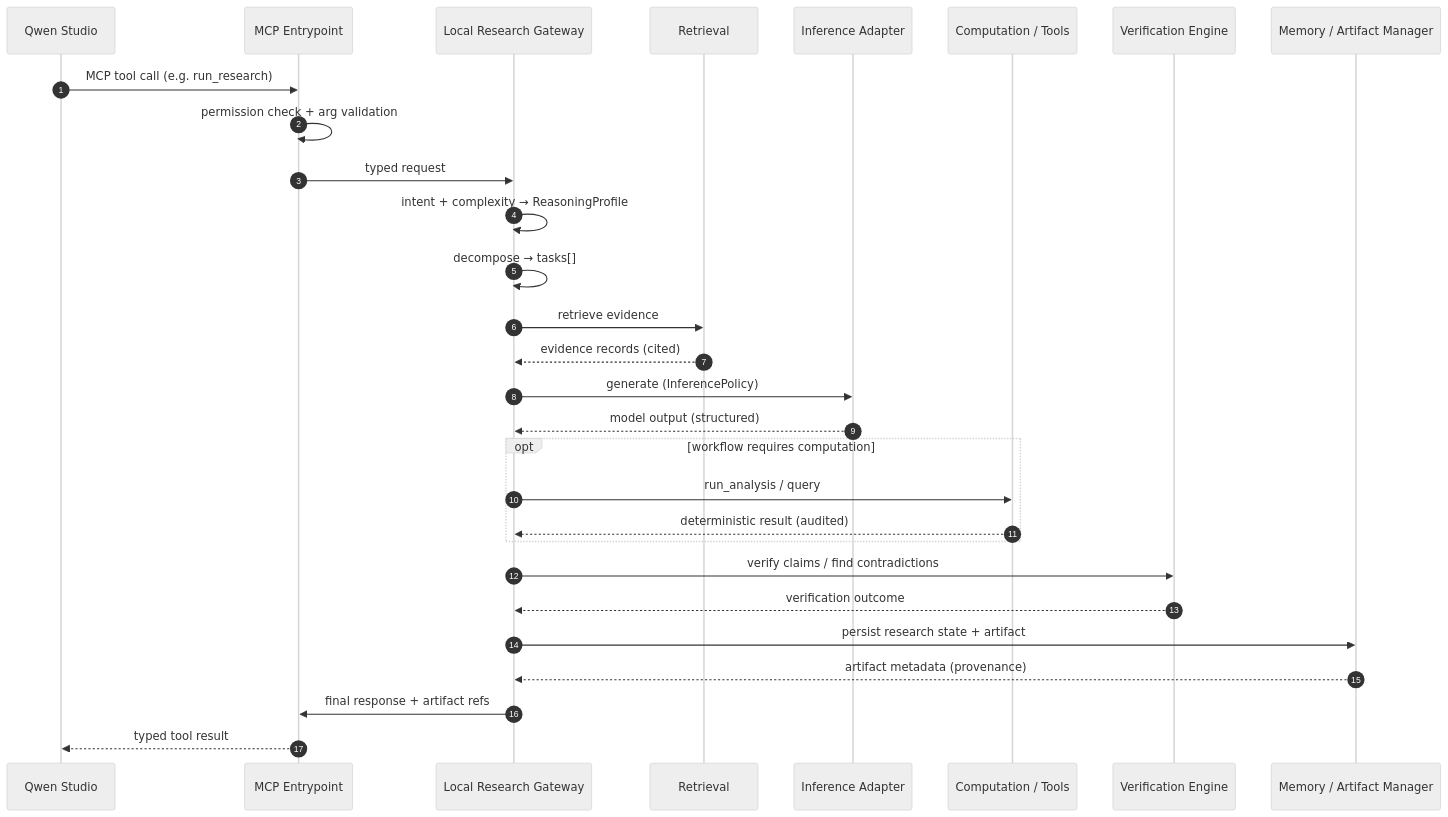
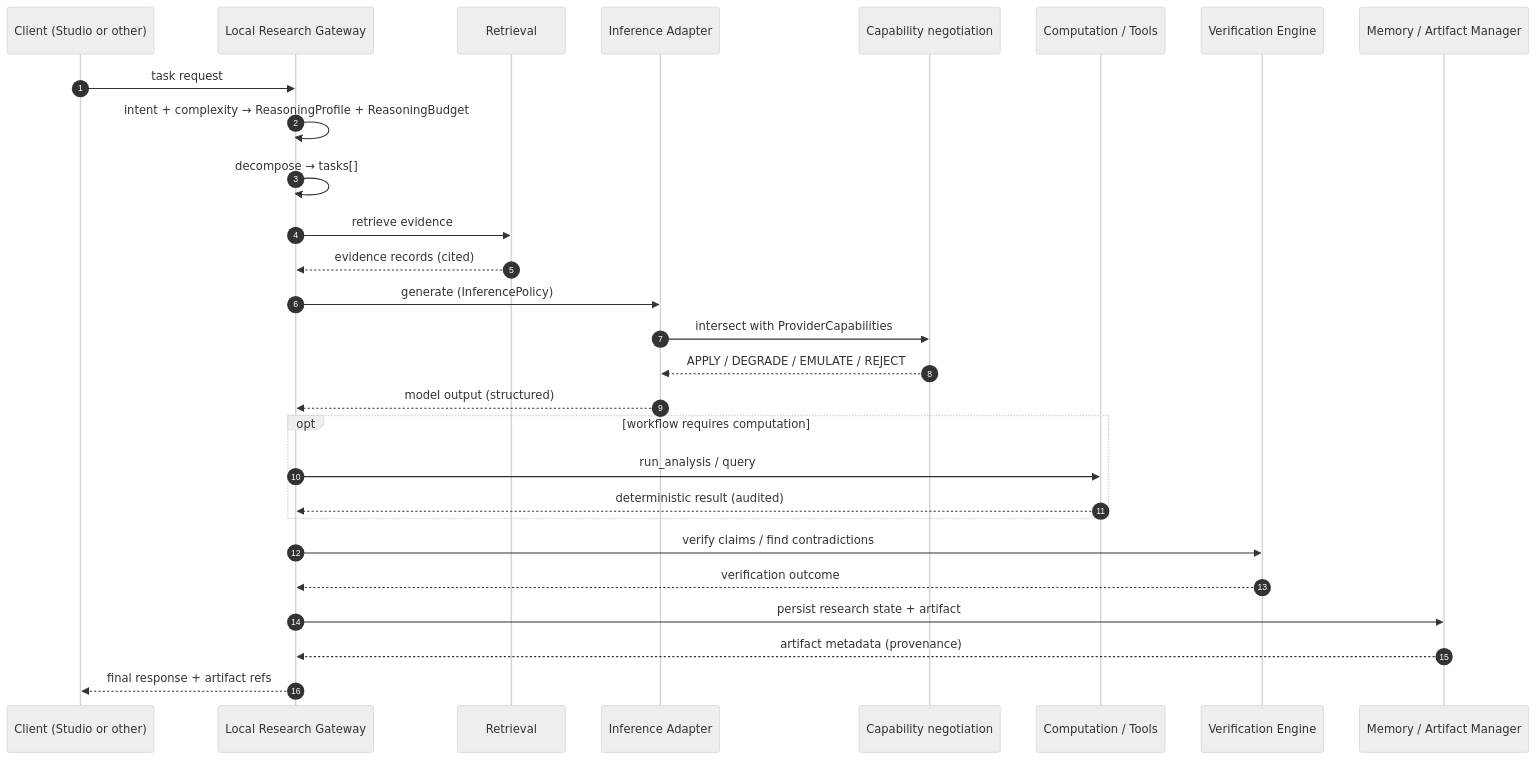
The first of 3 diagrams in docs/architecture/diagrams/data-flow.md (mitem743351/qwen), drawn with Mermaid (neutral theme) before and after one commit. The commit also changed other lines of this file and 28 other files, not shown here.

````diff
--- a/docs/architecture/diagrams/data-flow.md
+++ b/docs/architecture/diagrams/data-flow.md
@@ -3,39 +9,37 @@
 ```mermaid
 sequenceDiagram
     autonumber
-    participant QS as Qwen Studio
-    participant MCP as MCP Entrypoint
+    participant QS as Client (Studio or other)
     participant GW as Local Research Gateway
     participant RET as Retrieval
     participant INF as Inference Adapter
+    participant NEG as Capability negotiation
     participant CMP as Computation / Tools
     participant VER as Verification Engine
     participant MEM as Memory / Artifact Manager
 
-    QS->>MCP: MCP tool call (e.g. run_research)
-    MCP->>MCP: permission check + arg validation
-    MCP->>GW: typed request
-
-    GW->>GW: intent + complexity → ReasoningProfile
+    QS->>GW: task request
+    GW->>GW: intent + complexity → ReasoningProfile + ReasoningBudget
     GW->>GW: decompose → tasks[]
 
     GW->>RET: retrieve evidence
     RET-->>GW: evidence records (cited)
 
     GW->>INF: generate (InferencePolicy)
+    INF->>NEG: intersect with ProviderCapabilities
+    NEG-->>INF: APPLY / DEGRADE / EMULATE / REJECT
     INF-->>GW: model output (structured)
 
     opt workflow requires computation
         GW->>CMP: run_analysis / query
         CMP-->>GW: deterministic result (audited)
     end
 
     GW->>VER: verify claims / find contradictions
     VER-->>GW: verification outcome
 
     GW->>MEM: persist research state + artifact
     MEM-->>GW: artifact metadata (provenance)
 
-    GW->>MCP: final response + artifact refs
-    MCP-->>QS: typed tool result
+    GW-->>QS: final response + artifact refs
 ```
````
